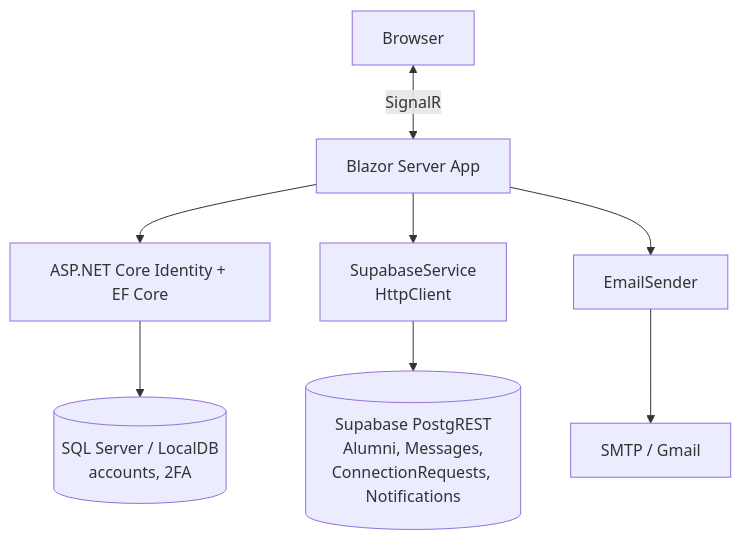
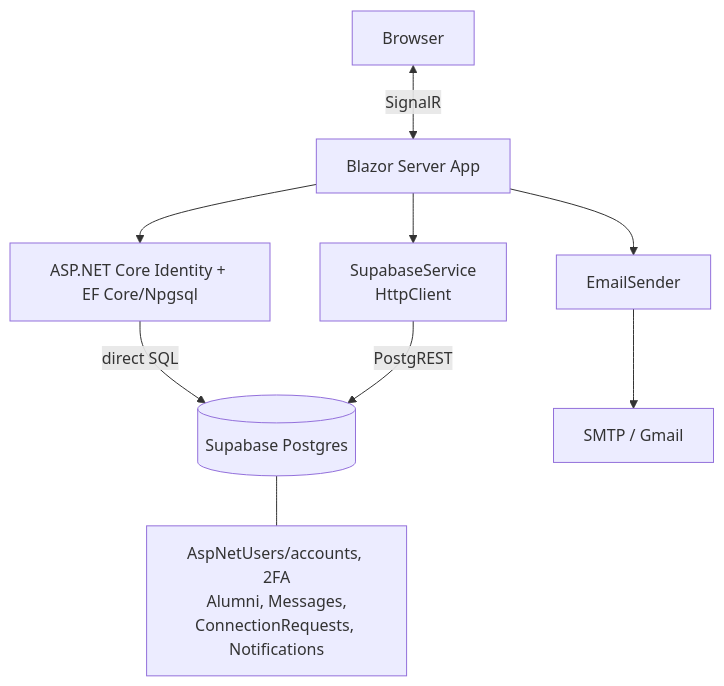
One commit to LuisZarate17/AlumniNetwork changed the diagram in README.md. Above: the diagram before and after it, drawn with Mermaid. The commit also changed other lines of this file, not shown here.

First line of the commit message:
README: link live demo, document deployment, update to Postgres

````diff
--- a/README.md
+++ b/README.md
@@ -43,9 +46,10 @@
 ```mermaid
 graph TD
     B[Browser] <-->|SignalR| BS[Blazor Server App]
-    BS --> ID[ASP.NET Core Identity + EF Core]
-    ID --> SQL[(SQL Server / LocalDB<br/>accounts, 2FA)]
+    BS --> ID[ASP.NET Core Identity + EF Core/Npgsql]
     BS --> SS[SupabaseService<br/>HttpClient]
-    SS --> SB[(Supabase PostgREST<br/>Alumni, Messages,<br/>ConnectionRequests, Notifications)]
+    ID -->|direct SQL| SB[(Supabase Postgres)]
+    SS -->|PostgREST| SB
+    SB --- T[AspNetUsers/accounts, 2FA<br/>Alumni, Messages,<br/>ConnectionRequests, Notifications]
     BS --> EM[EmailSender] --> SMTP[SMTP / Gmail]
 ```
````
